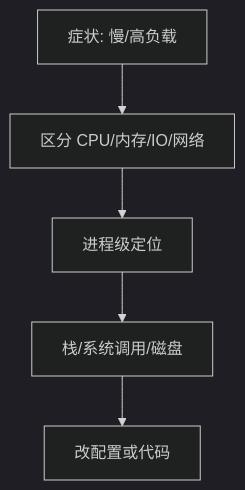
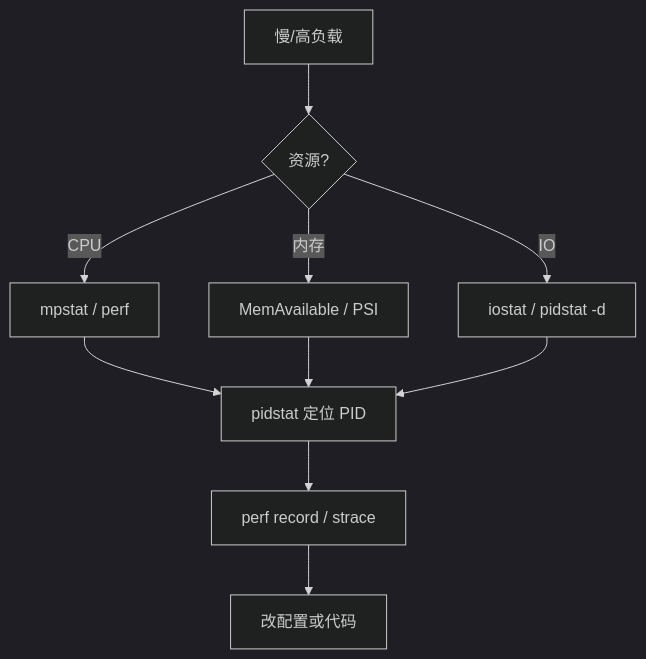
The first of 3 diagrams in articles/csdn-merged/Linux运维-性能监控完整篇.md (yanggan2015/knowledge-json-v2), drawn with Mermaid (dark theme) before and after one commit. The commit also changed other lines of this file and 13 other files, not shown here.

````diff
--- a/articles/csdn-merged/Linux运维-性能监控完整篇.md
+++ b/articles/csdn-merged/Linux运维-性能监控完整篇.md
@@ -16,7 +33,12 @@
 ```mermaid
 flowchart TD
-    A[症状: 慢/高负载] --> B[区分 CPU/内存/IO/网络]
-    B --> C[进程级定位]
-    C --> D[栈/系统调用/磁盘]
-    D --> E[改配置或代码]
+    S[慢/高负载] --> Q{资源?}
+    Q -->|CPU| C[mpstat / perf]
+    Q -->|内存| M[MemAvailable / PSI]
+    Q -->|IO| I[iostat / pidstat -d]
+    C --> P[pidstat 定位 PID]
+    M --> P
+    I --> P
+    P --> D[perf record / strace]
+    D --> FIX[改配置或代码]
 ```
````
